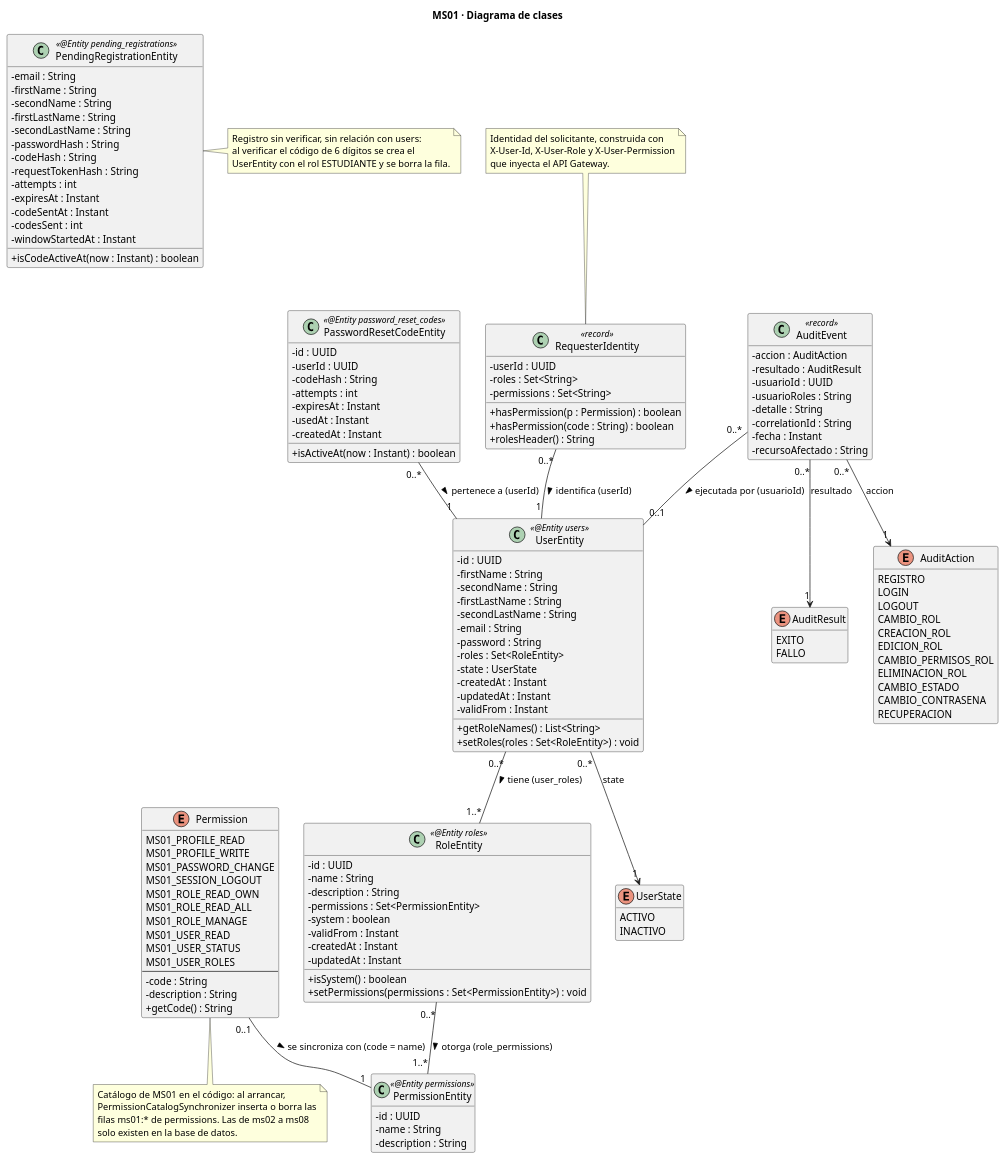
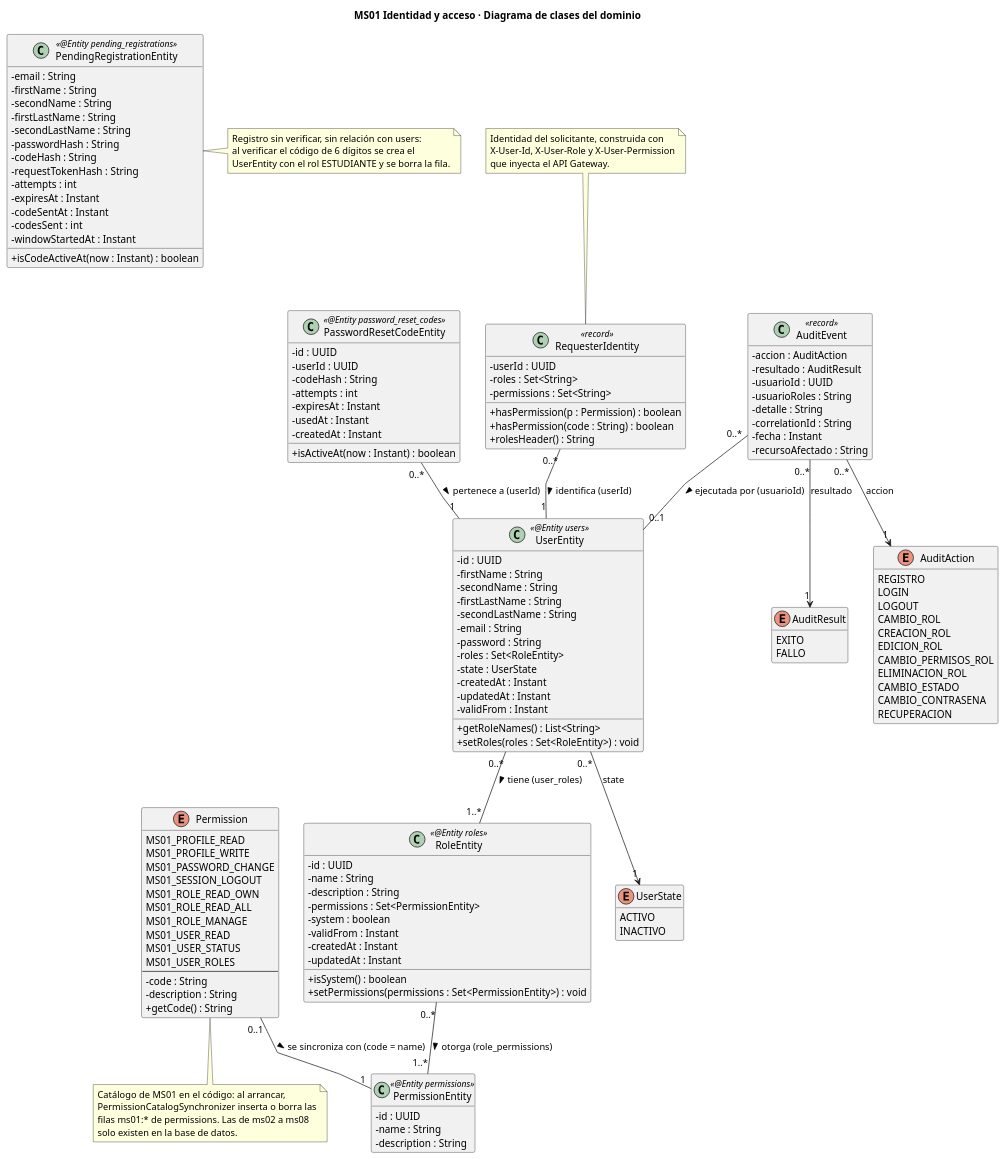
One commit to CampusSeguro-DOSW-2026-2/documentation changed the diagram in ms01-identity-and-access/diagrams/ms01-classes.puml. Above: the diagram before and after it, drawn with PlantUML. The commit also changed 14 other files, not shown here.

Commit message:
docs: actualizar diagramas de arquitectura de MS01 y MS04

```diff
--- a/ms01-identity-and-access/diagrams/ms01-classes.puml
+++ b/ms01-identity-and-access/diagrams/ms01-classes.puml
@@ -1,160 +1,161 @@
 @startuml ms01_clases
 ' UML · Clases: estructura estática del dominio de MS01 (usuarios, roles y permisos en BD, registro, recuperación y auditoría).
 ' Fuente: ms01-identity-and-access (develop) entity/*, security/RequesterIdentity, audit/AuditEvent, AuditAction, AuditResult. Sin DTOs, controladores ni utilidades.
 skinparam classAttributeIconSize 0
 skinparam shadowing false
+skinparam linetype polyline
 hide empty members
-title MS01 · Diagrama de clases
+title MS01 Identidad y acceso · Diagrama de clases del dominio
 
 class UserEntity <<@Entity users>> {
     - id : UUID
     - firstName : String
     - secondName : String
     - firstLastName : String
     - secondLastName : String
     - email : String
     - password : String
     - roles : Set<RoleEntity>
     - state : UserState
     - createdAt : Instant
     - updatedAt : Instant
     - validFrom : Instant
     + getRoleNames() : List<String>
     + setRoles(roles : Set<RoleEntity>) : void
 }
 
 class RoleEntity <<@Entity roles>> {
     - id : UUID
     - name : String
     - description : String
     - permissions : Set<PermissionEntity>
     - system : boolean
     - validFrom : Instant
     - createdAt : Instant
     - updatedAt : Instant
     + isSystem() : boolean
     + setPermissions(permissions : Set<PermissionEntity>) : void
 }
 
 class PermissionEntity <<@Entity permissions>> {
     - id : UUID
     - name : String
     - description : String
 }
 
 enum Permission {
     MS01_PROFILE_READ
     MS01_PROFILE_WRITE
     MS01_PASSWORD_CHANGE
     MS01_SESSION_LOGOUT
     MS01_ROLE_READ_OWN
     MS01_ROLE_READ_ALL
     MS01_ROLE_MANAGE
     MS01_USER_READ
     MS01_USER_STATUS
     MS01_USER_ROLES
     --
     - code : String
     - description : String
     + getCode() : String
 }
 
 enum UserState {
     ACTIVO
     INACTIVO
 }
 
 class PasswordResetCodeEntity <<@Entity password_reset_codes>> {
     - id : UUID
     - userId : UUID
     - codeHash : String
     - attempts : int
     - expiresAt : Instant
     - usedAt : Instant
     - createdAt : Instant
     + isActiveAt(now : Instant) : boolean
 }
 
 class PendingRegistrationEntity <<@Entity pending_registrations>> {
     - email : String
     - firstName : String
     - secondName : String
     - firstLastName : String
     - secondLastName : String
     - passwordHash : String
     - codeHash : String
     - requestTokenHash : String
     - attempts : int
     - expiresAt : Instant
     - codeSentAt : Instant
     - codesSent : int
     - windowStartedAt : Instant
     + isCodeActiveAt(now : Instant) : boolean
 }
 
 class RequesterIdentity <<record>> {
     - userId : UUID
     - roles : Set<String>
     - permissions : Set<String>
     + hasPermission(p : Permission) : boolean
     + hasPermission(code : String) : boolean
     + rolesHeader() : String
 }
 
 class AuditEvent <<record>> {
     - accion : AuditAction
     - resultado : AuditResult
     - usuarioId : UUID
     - usuarioRoles : String
     - detalle : String
     - correlationId : String
     - fecha : Instant
     - recursoAfectado : String
 }
 
 enum AuditAction {
     REGISTRO
     LOGIN
     LOGOUT
     CAMBIO_ROL
     CREACION_ROL
     EDICION_ROL
     CAMBIO_PERMISOS_ROL
     ELIMINACION_ROL
     CAMBIO_ESTADO
     CAMBIO_CONTRASENA
     RECUPERACION
 }
 
 enum AuditResult {
     EXITO
     FALLO
 }
 
 UserEntity "0..*" -- "1..*" RoleEntity : tiene (user_roles) >
 RoleEntity "0..*" -- "1..*" PermissionEntity : otorga (role_permissions) >
 UserEntity "0..*" --> "1" UserState : state
 PasswordResetCodeEntity "0..*" -- "1" UserEntity : pertenece a (userId) >
 Permission "0..1" -- "1" PermissionEntity : se sincroniza con (code = name) >
 RequesterIdentity "0..*" -- "1" UserEntity : identifica (userId) >
 AuditEvent "0..*" -- "0..1" UserEntity : ejecutada por (usuarioId) >
 AuditEvent "0..*" --> "1" AuditAction : accion
 AuditEvent "0..*" --> "1" AuditResult : resultado
 
 note right of PendingRegistrationEntity
   Registro sin verificar, sin relación con users:
   al verificar el código de 6 dígitos se crea el
   UserEntity con el rol ESTUDIANTE y se borra la fila.
 end note
 note top of RequesterIdentity
   Identidad del solicitante, construida con
   X-User-Id, X-User-Role y X-User-Permission
   que inyecta el API Gateway.
 end note
 note bottom of Permission
   Catálogo de MS01 en el código: al arrancar,
   PermissionCatalogSynchronizer inserta o borra las
   filas ms01:* de permissions. Las de ms02 a ms08
   solo existen en la base de datos.
 end note
 @enduml
```
